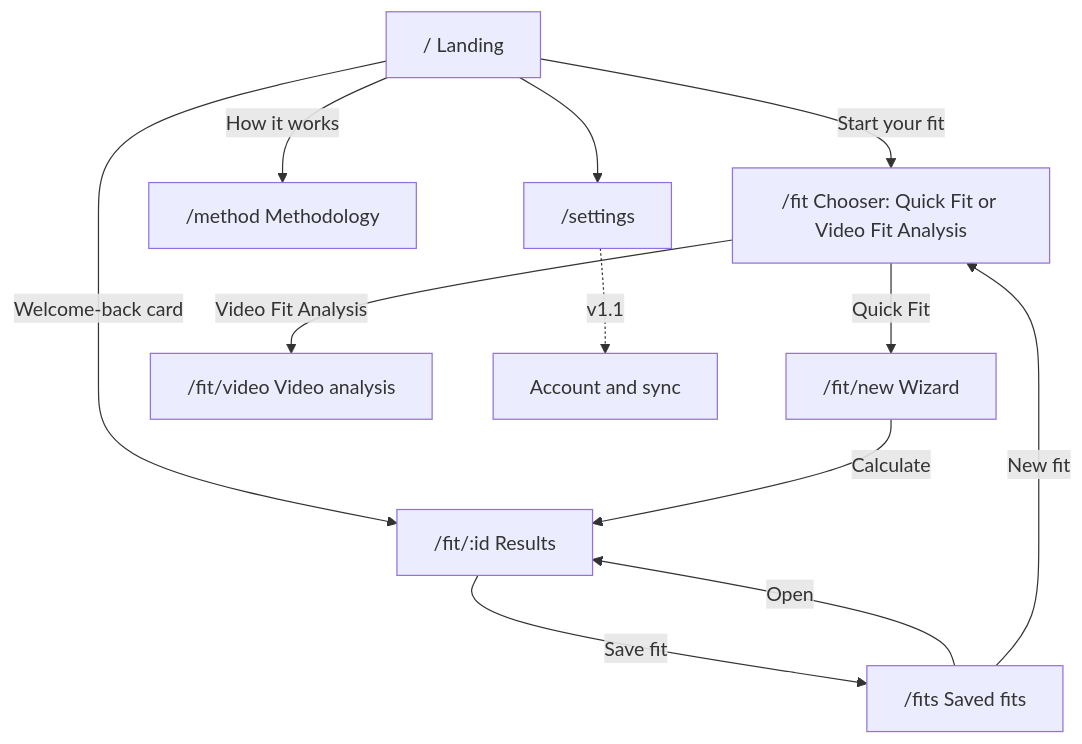
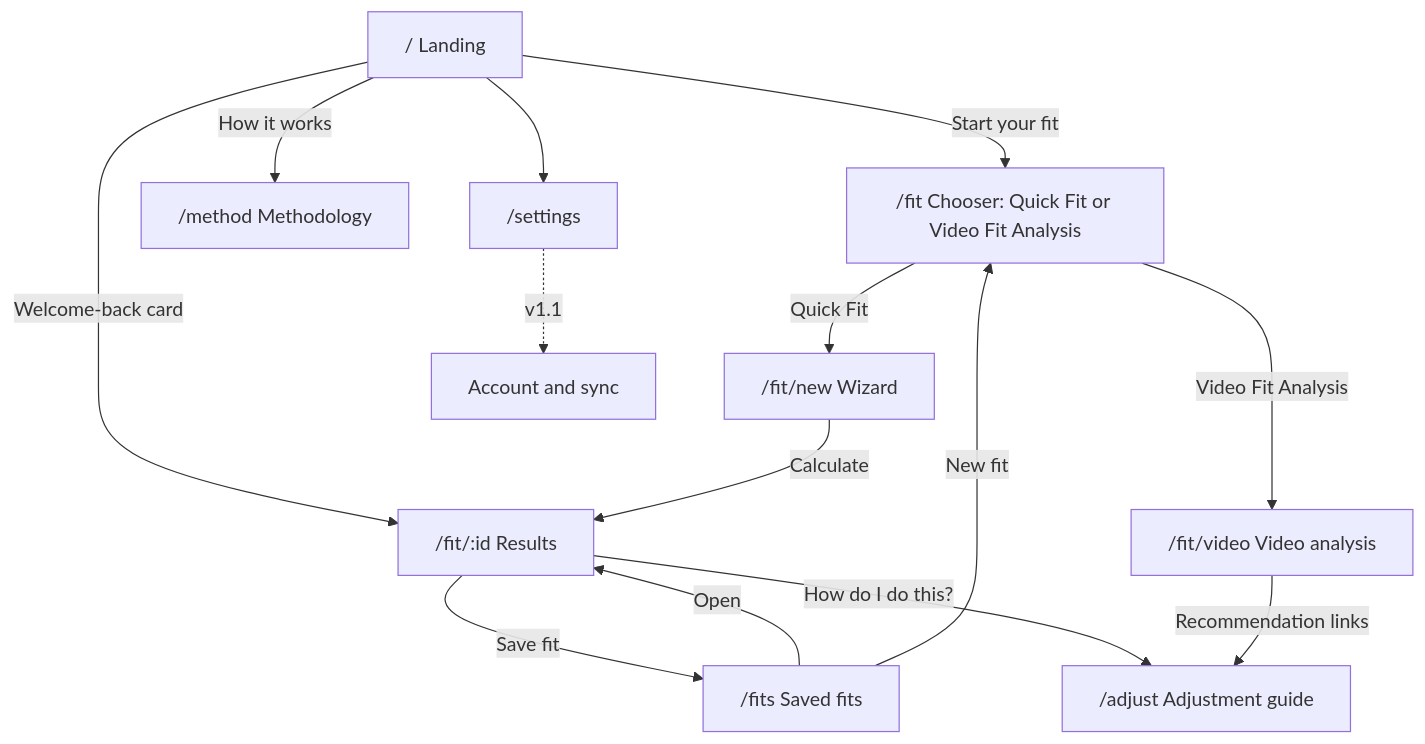
One commit to m3austin/Bikefit changed the first of 14 diagrams in docs/User-Flows.md. Above: the diagram before and after it, drawn with Mermaid. The commit also changed other lines of this file and 1 other file, not shown here.

Commit message:
docs: flows 12-13 and PRD F10-F11 (tip jar, adjustment guide)

````diff
--- a/docs/User-Flows.md
+++ b/docs/User-Flows.md
@@ -9,14 +9,16 @@
 ```mermaid
 flowchart TD
     L["/ Landing"] -->|Start your fit| C["/fit Chooser: Quick Fit or Video Fit Analysis"]
     C -->|Quick Fit| W["/fit/new Wizard"]
     C -->|Video Fit Analysis| V["/fit/video Video analysis"]
     L -->|How it works| M["/method Methodology"]
     L -->|Welcome-back card| R["/fit/:id Results"]
     W -->|Calculate| R
     R -->|Save fit| G["/fits Saved fits"]
+    R -->|How do I do this?| J["/adjust Adjustment guide"]
+    V -->|Recommendation links| J
     G -->|Open| R
     G -->|New fit| C
     L --> S["/settings"]
     S -.->|v1.1| A["Account and sync"]
 ```
````
